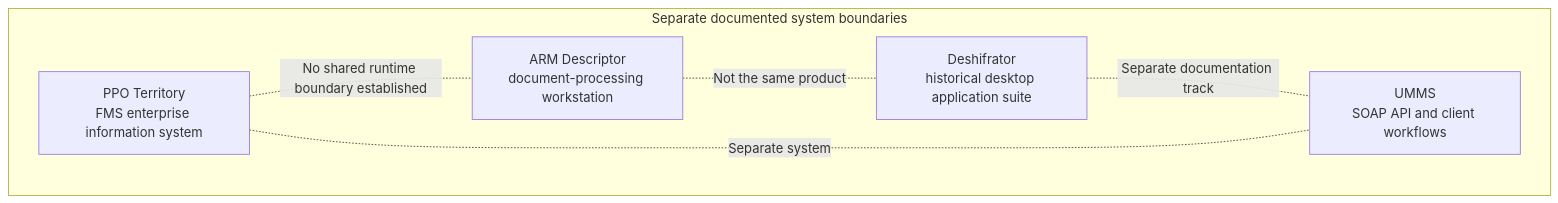
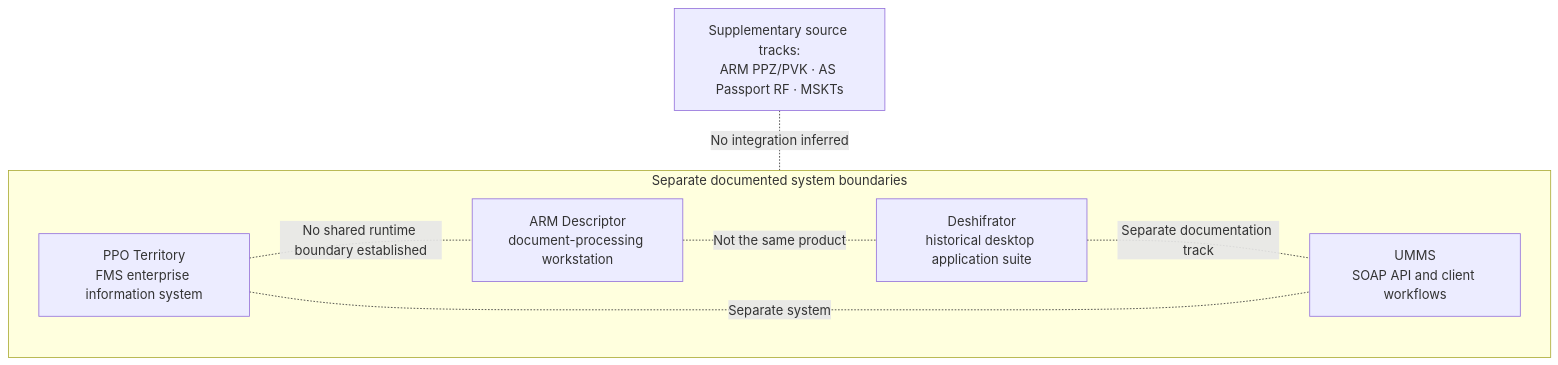
The first of 10 diagrams in materials/architecture/README.md (ekatmoz88-alt/territory-descriptor-unified), drawn with Mermaid before and after one commit. The commit also changed other lines of this file, not shown here.

Commit message:
Update architecture catalogue with verified deployment variants

````diff
--- a/materials/architecture/README.md
+++ b/materials/architecture/README.md
@@ -17,14 +18,17 @@
 ```mermaid
 flowchart TB
   subgraph LANDSCAPE["Separate documented system boundaries"]
     TERR["PPO Territory<br/>FMS enterprise information system"]
     DESC["ARM Descriptor<br/>document-processing workstation"]
     DESH["Deshifrator<br/>historical desktop application suite"]
     UMMS["UMMS<br/>SOAP API and client workflows"]
   end
 
   TERR -. "No shared runtime boundary established" .- DESC
   DESC -. "Not the same product" .- DESH
   DESH -. "Separate documentation track" .- UMMS
   TERR -. "Separate system" .- UMMS
+
+  OTHER["Supplementary source tracks:<br/>ARM PPZ/PVK · AS Passport RF · MSKTs"]
+  OTHER -. "No integration inferred" .- LANDSCAPE
 ```
````
